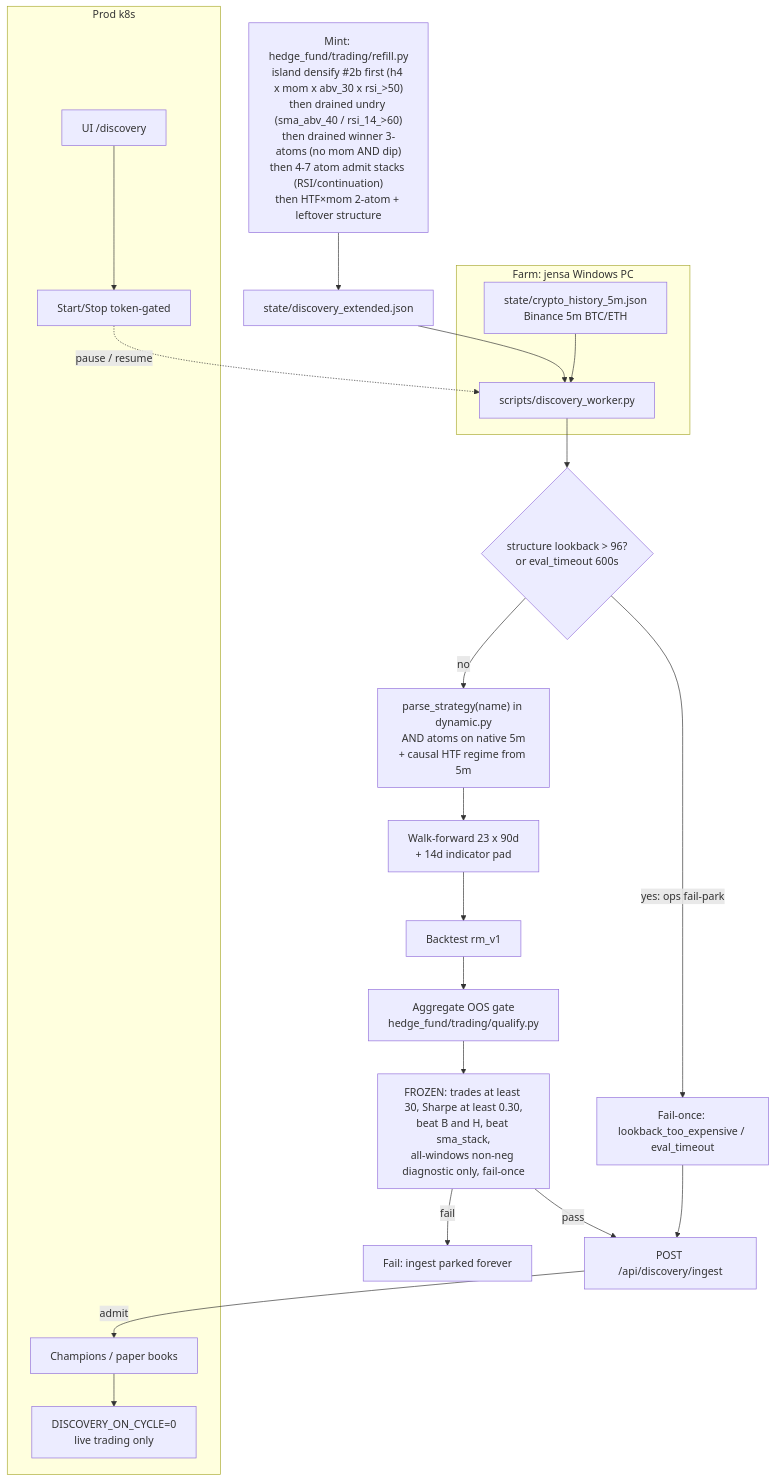
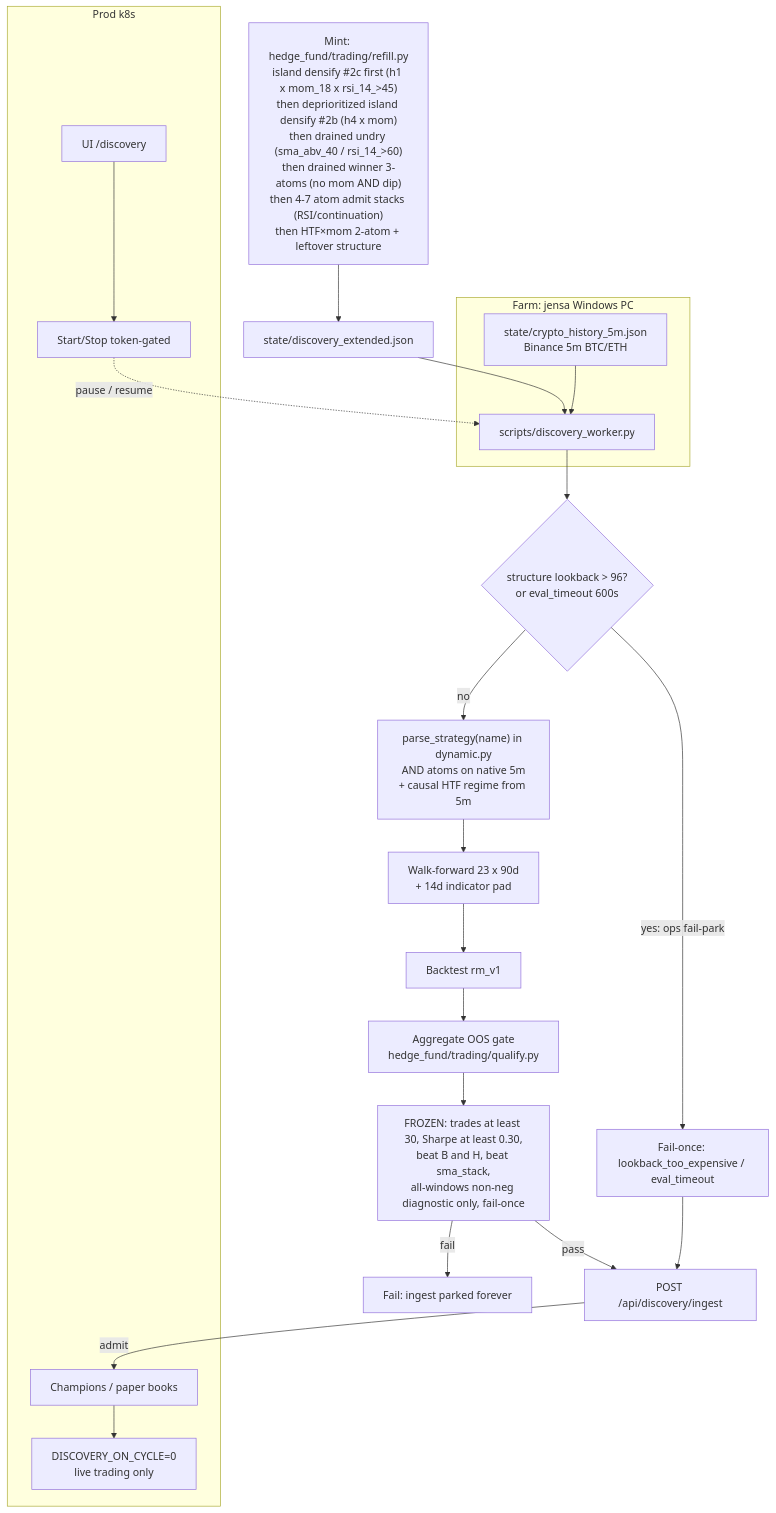
Before and after one commit to Runemark7/paper-trading-bot: the first of 3 diagrams in docs/WORKFLOW.md, drawn with Mermaid. The commit also changed other lines of this file and 8 other files, not shown here.

First line of the commit message:
feat(discovery): undry admit island #2c

````diff
--- a/docs/WORKFLOW.md
+++ b/docs/WORKFLOW.md
@@ -55,42 +55,42 @@
 ```mermaid
 flowchart TB
-  recipe["Mint: hedge_fund/trading/refill.py\nisland densify #2b first (h4 x mom x abv_30 x rsi_>50)\nthen drained undry (sma_abv_40 / rsi_14_>60)\nthen drained winner 3-atoms (no mom AND dip)\nthen 4-7 atom admit stacks (RSI/continuation)\nthen HTF×mom 2-atom + leftover structure"]
+  recipe["Mint: hedge_fund/trading/refill.py\nisland densify #2c first (h1 x mom_18 x rsi_14_>45)\nthen deprioritized island densify #2b (h4 x mom)\nthen drained undry (sma_abv_40 / rsi_14_>60)\nthen drained winner 3-atoms (no mom AND dip)\nthen 4-7 atom admit stacks (RSI/continuation)\nthen HTF×mom 2-atom + leftover structure"]
   ext["state/discovery_extended.json"]
   recipe --> ext
 
   subgraph farm [Farm: jensa Windows PC]
     worker["scripts/discovery_worker.py"]
     hist["state/crypto_history_5m.json\nBinance 5m BTC/ETH"]
   end
   ext --> worker
   hist --> worker
 
   guard{"structure lookback > 96?\nor eval_timeout 600s"}
   parse["parse_strategy(name) in dynamic.py\nAND atoms on native 5m\n+ causal HTF regime from 5m"]
   wf["Walk-forward 23 x 90d\n+ 14d indicator pad"]
   bt["Backtest rm_v1"]
   gate["Aggregate OOS gate\nhedge_fund/trading/qualify.py"]
   worker --> guard
   guard -->|"yes: ops fail-park"| parkOps["Fail-once: lookback_too_expensive / eval_timeout"]
   guard -->|no| parse --> wf --> bt --> gate
 
   frozen["FROZEN: trades at least 30, Sharpe at least 0.30,\nbeat B and H, beat sma_stack,\nall-windows non-neg diagnostic only, fail-once"]
   gate --> frozen
 
   ingest["POST /api/discovery/ingest"]
   park["Fail: ingest parked forever"]
   frozen -->|"pass"| ingest
   frozen -->|"fail"| park
   parkOps --> ingest
 
   subgraph prod [Prod k8s]
     champs["Champions / paper books"]
     live["DISCOVERY_ON_CYCLE=0\nlive trading only"]
     ui["UI /discovery"]
     ctl["Start/Stop token-gated"]
   end
   ingest -->|"admit"| champs
   champs --> live
   ui --> ctl
   ctl -.->|"pause / resume"| worker
 ```
````
